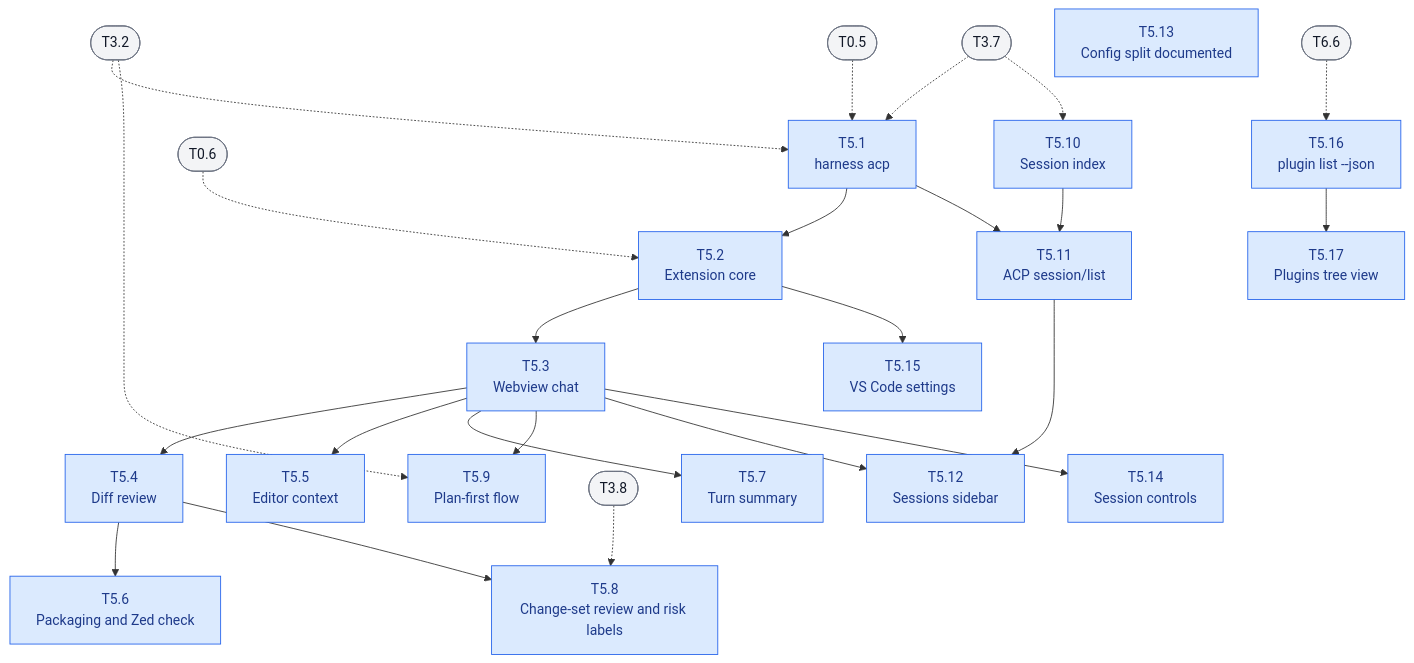
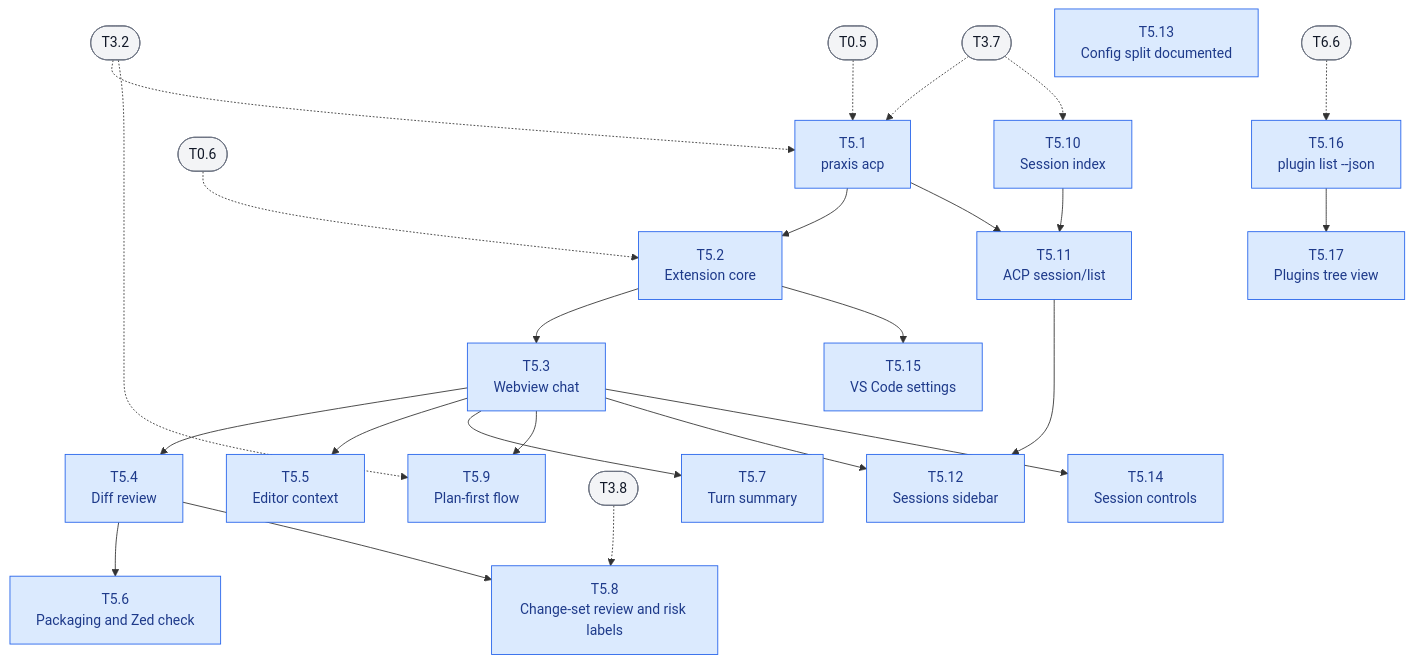
Before and after one commit to fzzinchemical/Praxis: the sixth of 10 diagrams in docs/TASKS.md, drawn with Mermaid. The commit also changed other lines of this file and 318 other files, not shown here.

First line of the commit message:
refactor!: rename harness to praxis

````diff
--- a/docs/TASKS.md
+++ b/docs/TASKS.md
@@ -421,59 +421,59 @@
 ```mermaid
 flowchart TB
-    T5_1["T5.1<br/>harness acp"]
+    T5_1["T5.1<br/>praxis acp"]
     T5_2["T5.2<br/>Extension core"]
     T5_3["T5.3<br/>Webview chat"]
     T5_4["T5.4<br/>Diff review"]
     T5_5["T5.5<br/>Editor context"]
     T5_6["T5.6<br/>Packaging and Zed check"]
     T0_5(["T0.5"])
     T0_6(["T0.6"])
     T3_2(["T3.2"])
     T3_7(["T3.7"])
     T3_2 -.-> T5_1
     T3_7 -.-> T5_1
     T0_5 -.-> T5_1
     T5_1 --> T5_2
     T0_6 -.-> T5_2
     T5_2 --> T5_3
     T5_3 --> T5_4
     T5_3 --> T5_5
     T5_4 --> T5_6
     T5_7["T5.7<br/>Turn summary"]
     T5_8["T5.8<br/>Change-set review and risk labels"]
     T3_8(["T3.8"])
     T5_9["T5.9<br/>Plan-first flow"]
     T5_3 --> T5_7
     T5_4 --> T5_8
     T3_8 -.-> T5_8
     T5_3 --> T5_9
     T3_2 -.-> T5_9
     T5_10["T5.10<br/>Session index"]
     T5_11["T5.11<br/>ACP session/list"]
     T5_12["T5.12<br/>Sessions sidebar"]
     T3_7 -.-> T5_10
     T5_10 --> T5_11
     T5_1 --> T5_11
     T5_11 --> T5_12
     T5_3 --> T5_12
     T5_13["T5.13<br/>Config split documented"]
     T5_14["T5.14<br/>Session controls"]
     T5_15["T5.15<br/>VS Code settings"]
     T5_16["T5.16<br/>plugin list --json"]
     T5_17["T5.17<br/>Plugins tree view"]
     T6_6(["T6.6"])
     T5_3 --> T5_14
     T5_2 --> T5_15
     T6_6 -.-> T5_16
     T5_16 --> T5_17
 
     classDef task fill:#dbeafe,stroke:#2563eb,color:#1e3a8a
     classDef human fill:#fef3c7,stroke:#d97706,color:#78350f,stroke-width:3px
     classDef other fill:#f3f4f6,stroke:#6b7280,color:#111827
     class T5_1,T5_2,T5_3,T5_4,T5_5,T5_6 task
     class T0_5,T0_6,T3_2,T3_7 other
     class T5_7,T5_8,T5_9,T5_10,T5_11,T5_12 task
     class T5_13,T5_14,T5_15,T5_16,T5_17 task
     class T6_6 other
     class T3_8 other
 ```
````
